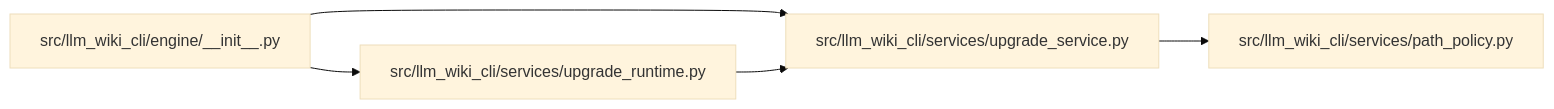
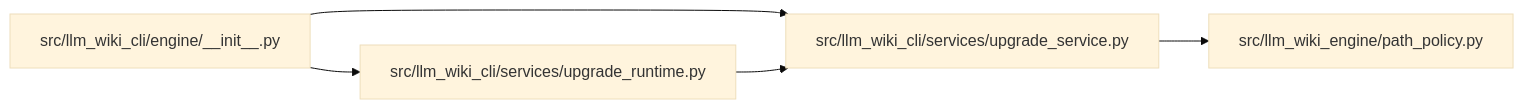
One commit to Denissvgn/python-wiki-llm changed the diagram in docs/llm_wiki/modules/upgrade_service.md. Above: the diagram before and after it, drawn with Mermaid (base theme). The commit also changed other lines of this file and 739 other files, not shown here.

First line of the commit message:
docs: refresh the wiki for the second engine batch

````diff
--- a/docs/llm_wiki/modules/upgrade_service.md
+++ b/docs/llm_wiki/modules/upgrade_service.md
@@ -26,15 +26,15 @@
 ```mermaid
 flowchart LR
     n0["src/llm_wiki_cli/engine/__init__.py"]
-    n1["src/llm_wiki_cli/services/path_policy.py"]
-    n2["src/llm_wiki_cli/services/upgrade_runtime.py"]
-    n3["src/llm_wiki_cli/services/upgrade_service.py"]
+    n1["src/llm_wiki_cli/services/upgrade_runtime.py"]
+    n2["src/llm_wiki_cli/services/upgrade_service.py"]
+    n3["src/llm_wiki_engine/path_policy.py"]
+    n0 --> n1
     n0 --> n2
-    n0 --> n3
+    n1 --> n2
     n2 --> n3
-    n3 --> n1
     click n0 "../modules/engine___init__.md"
-    click n1 "../modules/path_policy.md"
-    click n2 "../modules/upgrade_runtime.md"
-    click n3 "../modules/upgrade_service.md"
+    click n1 "../modules/upgrade_runtime.md"
+    click n2 "../modules/upgrade_service.md"
+    click n3 "../modules/path_policy.md"
 ```
````
